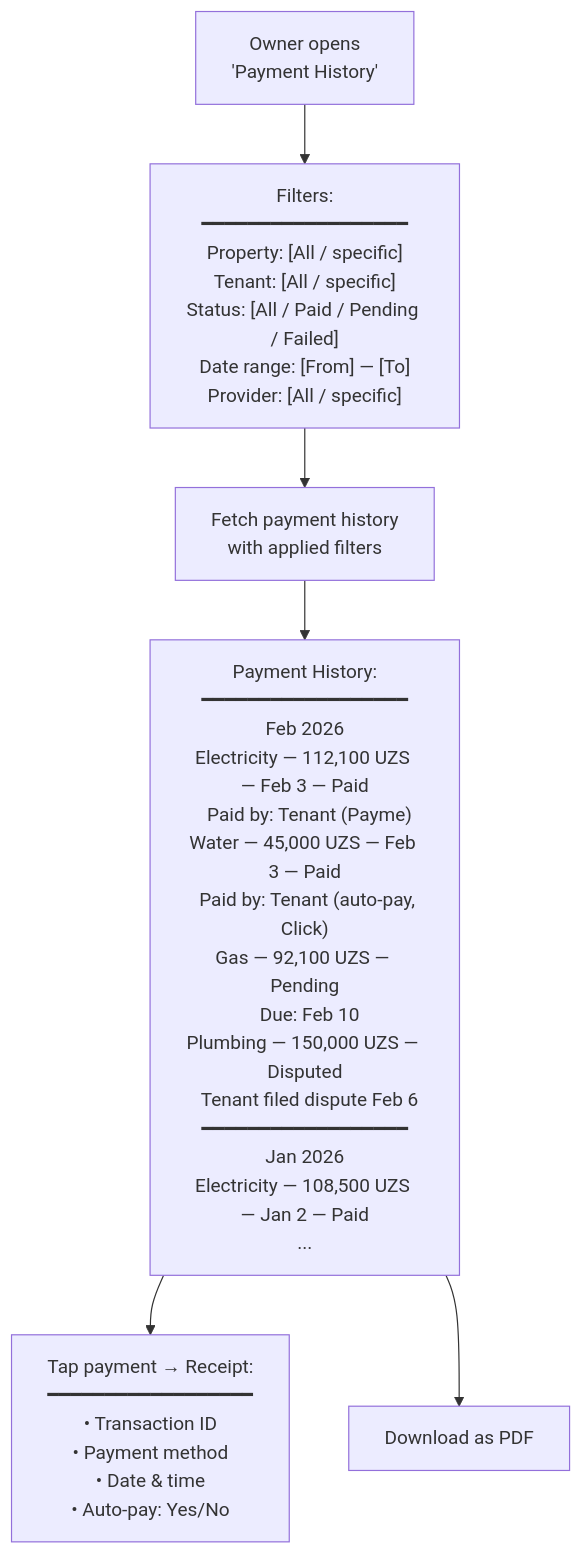
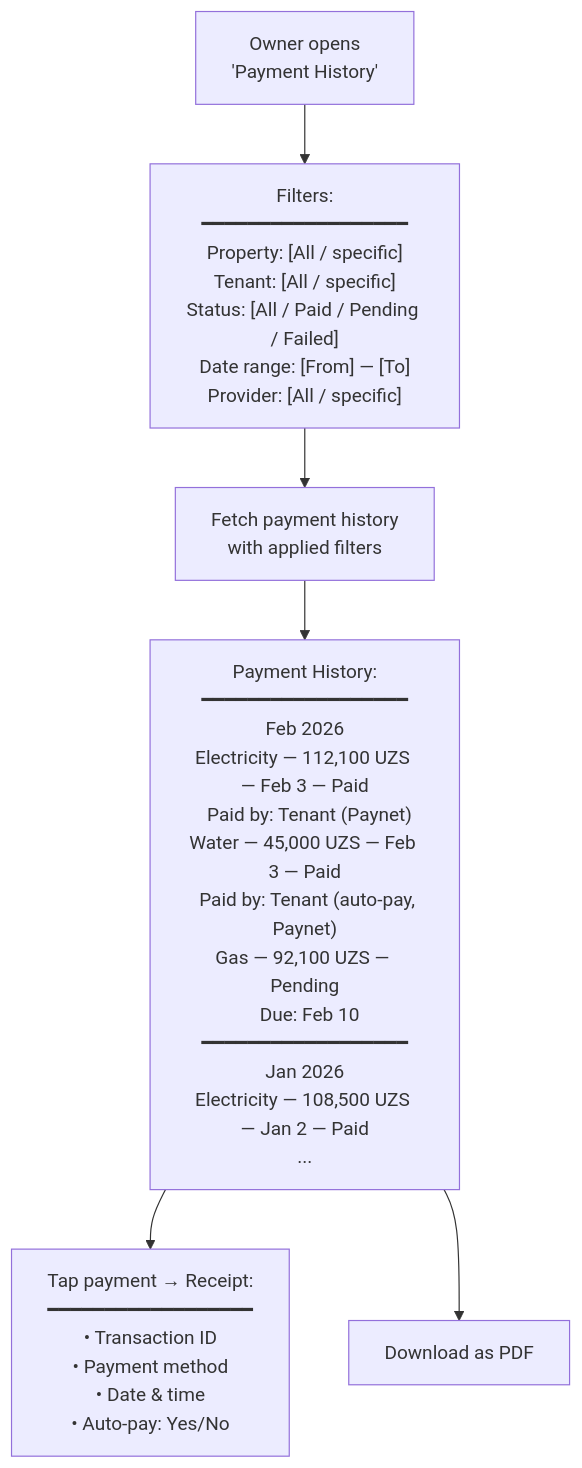
Before and after one commit to saodatm-dev/Utilities---Informational-Architecture: the eighth of 10 diagrams in Utilities - Business Owner.md, drawn with Mermaid. The commit also changed other lines of this file and 1 other file, not shown here.

Commit message:
refactor: update payment userflows to explicitly differentiate between new and saved card payment options.

````diff
--- a/Utilities - Business Owner.md
+++ b/Utilities - Business Owner.md
@@ -252,12 +252,12 @@
 ```mermaid
 flowchart TD
     PAYMENTS["Owner opens<br/>'Payment History'"] --> FILTER["Filters:<br/>━━━━━━━━━━━━━━━━━━<br/>Property: [All / specific]<br/>Tenant: [All / specific]<br/>Status: [All / Paid / Pending / Failed]<br/>Date range: [From] — [To]<br/>Provider: [All / specific]"]
 
     FILTER --> LOAD["Fetch payment history<br/>with applied filters"]
 
-    LOAD --> HISTORY["Payment History:<br/>━━━━━━━━━━━━━━━━━━<br/>Feb 2026<br/>Electricity — 112,100 UZS — Feb 3 — Paid<br/>  Paid by: Tenant (Payme)<br/>Water — 45,000 UZS — Feb 3 — Paid<br/>  Paid by: Tenant (auto-pay, Click)<br/>Gas — 92,100 UZS — Pending<br/>  Due: Feb 10<br/>Plumbing — 150,000 UZS — Disputed<br/>  Tenant filed dispute Feb 6<br/>━━━━━━━━━━━━━━━━━━<br/>Jan 2026<br/>Electricity — 108,500 UZS — Jan 2 — Paid<br/>..."]
+    LOAD --> HISTORY["Payment History:<br/>━━━━━━━━━━━━━━━━━━<br/>Feb 2026<br/>Electricity — 112,100 UZS — Feb 3 — Paid<br/>  Paid by: Tenant (Paynet)<br/>Water — 45,000 UZS — Feb 3 — Paid<br/>  Paid by: Tenant (auto-pay, Paynet)<br/>Gas — 92,100 UZS — Pending<br/>  Due: Feb 10<br/>━━━━━━━━━━━━━━━━━━<br/>Jan 2026<br/>Electricity — 108,500 UZS — Jan 2 — Paid<br/>..."]
 
     HISTORY --> DETAIL["Tap payment → Receipt:<br/>━━━━━━━━━━━━━━━━━━<br/>• Transaction ID<br/>• Payment method<br/>• Date & time<br/>• Auto-pay: Yes/No"]
 
     HISTORY --> EXPORT_BTN["Download as PDF"]
 ```
````
